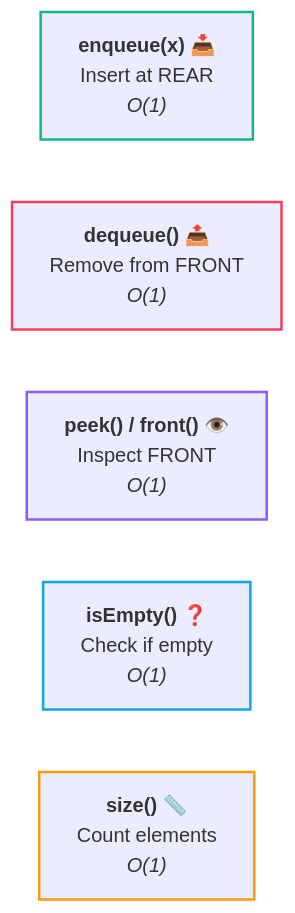
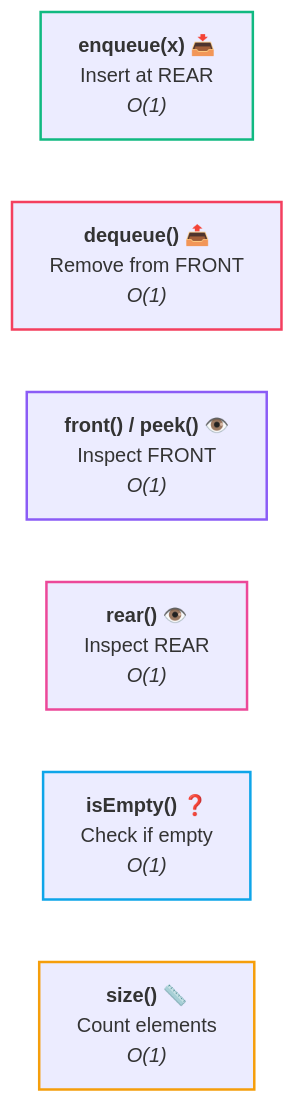
Before and after one commit to abhinavbharti2345/CS_Notes: the second of 3 diagrams in CS/DSA/06. Stacks & Queues/03. Queue Fundamentals.md, drawn with Mermaid. The commit also changed other lines of this file and 6 other files, not shown here.

````diff
--- a/CS/DSA/06. Stacks & Queues/03. Queue Fundamentals.md
+++ b/CS/DSA/06. Stacks & Queues/03. Queue Fundamentals.md
@@ -114,20 +114,23 @@
 ```mermaid
 flowchart LR
     Op1["<b>enqueue(x) 📥</b><br/>Insert at REAR<br/><i>O(1)</i>"]
     Op2["<b>dequeue() 📤</b><br/>Remove from FRONT<br/><i>O(1)</i>"]
-    Op3["<b>peek() / front() 👁️</b><br/>Inspect FRONT<br/><i>O(1)</i>"]
-    Op4["<b>isEmpty() ❓</b><br/>Check if empty<br/><i>O(1)</i>"]
-    Op5["<b>size() 📏</b><br/>Count elements<br/><i>O(1)</i>"]
+    Op3["<b>front() / peek() 👁️</b><br/>Inspect FRONT<br/><i>O(1)</i>"]
+    Op4["<b>rear() 👁️</b><br/>Inspect REAR<br/><i>O(1)</i>"]
+    Op5["<b>isEmpty() ❓</b><br/>Check if empty<br/><i>O(1)</i>"]
+    Op6["<b>size() 📏</b><br/>Count elements<br/><i>O(1)</i>"]
 
     classDef op1 stroke:#10b981,stroke-width:2px;
     classDef op2 stroke:#f43f5e,stroke-width:2px;
     classDef op3 stroke:#8b5cf6,stroke-width:2px;
-    classDef op4 stroke:#0ea5e9,stroke-width:2px;
-    classDef op5 stroke:#f59e0b,stroke-width:2px;
+    classDef op4 stroke:#ec4899,stroke-width:2px;
+    classDef op5 stroke:#0ea5e9,stroke-width:2px;
+    classDef op6 stroke:#f59e0b,stroke-width:2px;
 
     class Op1 op1;
     class Op2 op2;
     class Op3 op3;
     class Op4 op4;
     class Op5 op5;
+    class Op6 op6;
 ```
````
